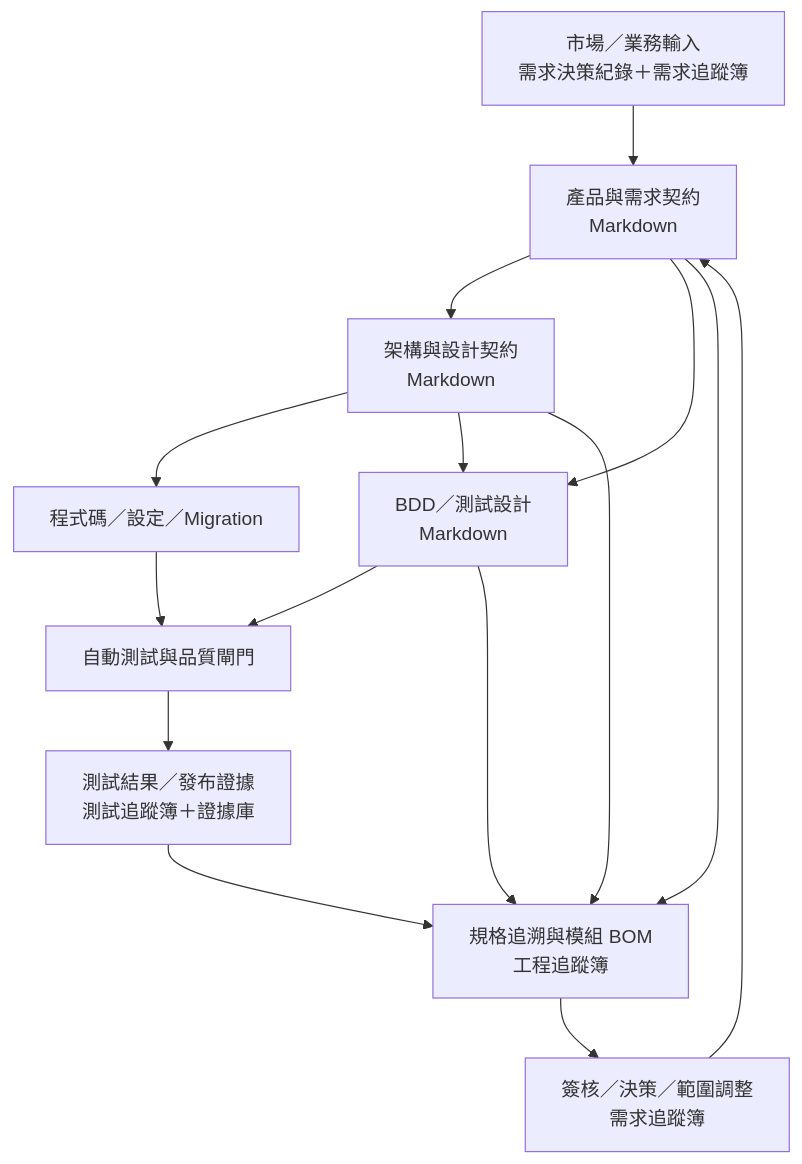
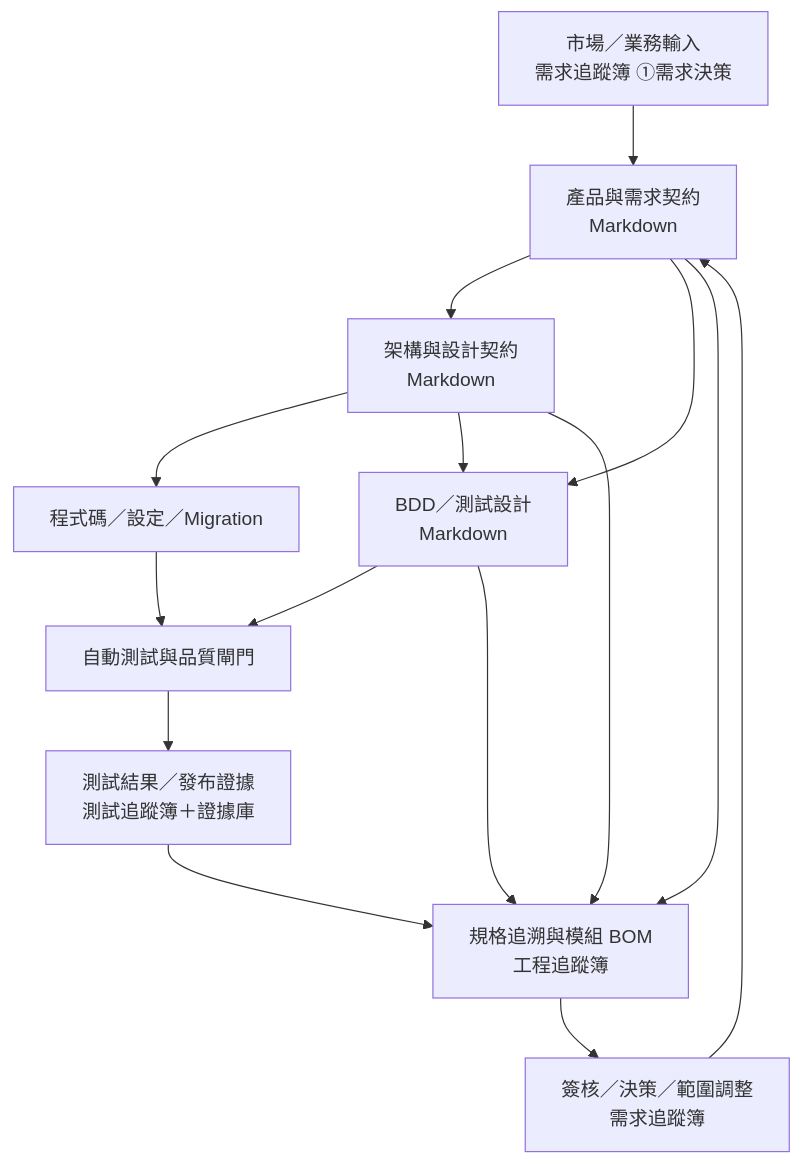
The diagram in docs/document-system/architecture.md (Zenobia000/claude-Godzilla-z), drawn with Mermaid before and after one commit. The commit also changed other lines of this file and 21 other files, not shown here.

````diff
--- a/docs/document-system/architecture.md
+++ b/docs/document-system/architecture.md
@@ -53,17 +53,17 @@
 ```mermaid
 flowchart TB
-    A[市場／業務輸入<br/>需求決策紀錄＋需求追蹤簿] --> B[產品與需求契約<br/>Markdown]
+    A[市場／業務輸入<br/>需求追蹤簿 ①需求決策] --> B[產品與需求契約<br/>Markdown]
     B --> C[架構與設計契約<br/>Markdown]
     C --> D[程式碼／設定／Migration]
     B --> E[BDD／測試設計<br/>Markdown]
     C --> E
     D --> F[自動測試與品質閘門]
     E --> F
     F --> G[測試結果／發布證據<br/>測試追蹤簿＋證據庫]
     B --> H[規格追溯與模組 BOM<br/>工程追蹤簿]
     C --> H
     E --> H
     G --> H
     H --> I[簽核／決策／範圍調整<br/>需求追蹤簿]
     I --> B
 ```
````
